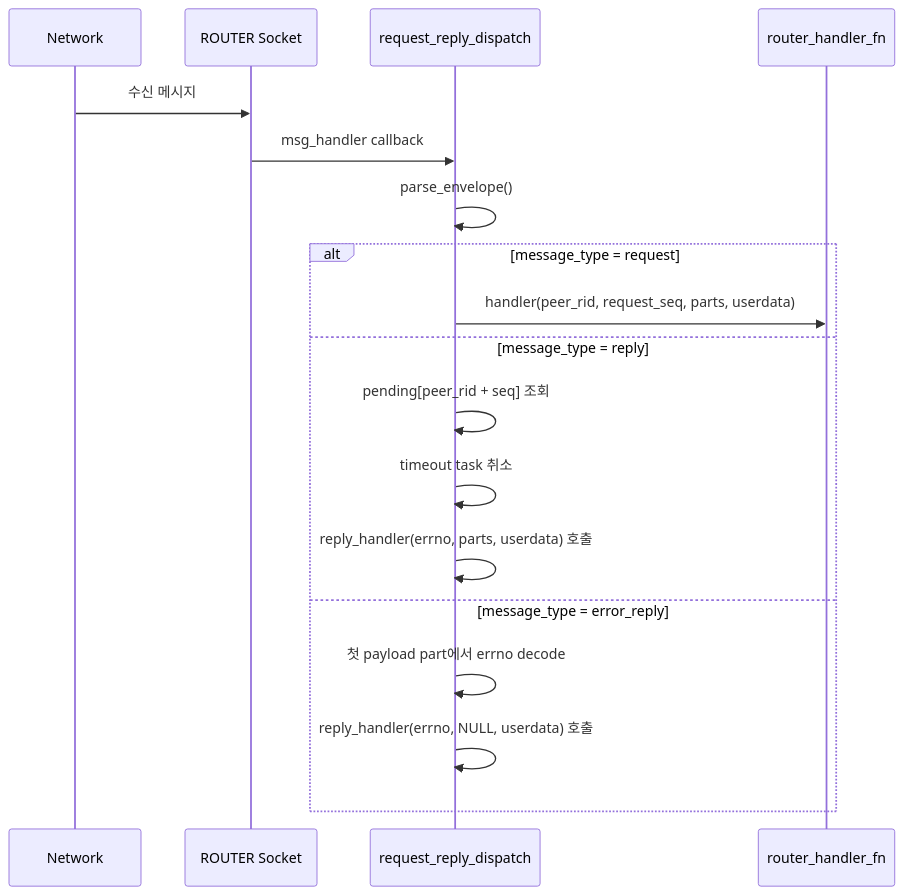
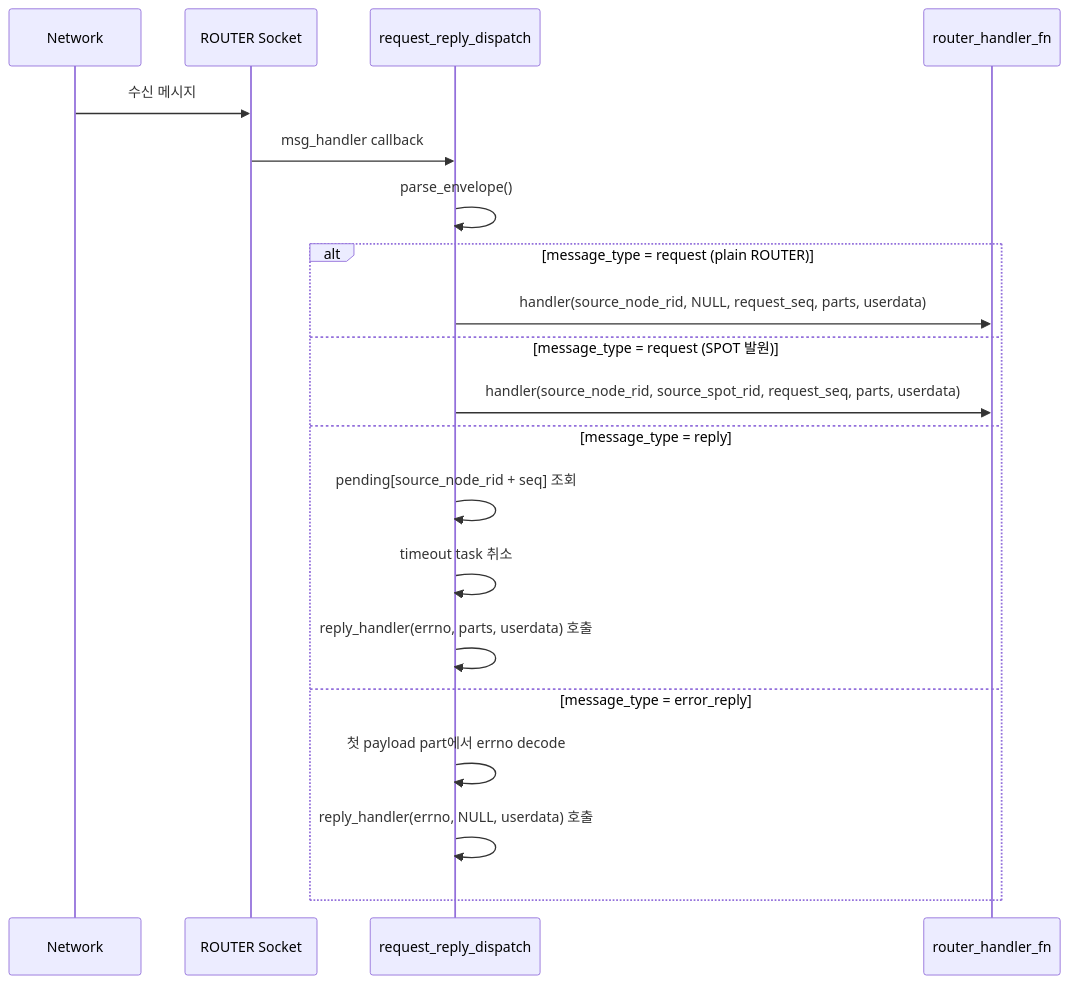
The ninth of 14 diagrams in doc/internals/services-internals.ko.md (kairos-code-dev/zlink), drawn with Mermaid before and after one commit. The commit also changed other lines of this file and 624 other files, not shown here.

````diff
--- a/doc/internals/services-internals.ko.md
+++ b/doc/internals/services-internals.ko.md
@@ -525,21 +520,23 @@
 ```mermaid
 sequenceDiagram
     participant Net as Network
     participant Socket as ROUTER Socket
     participant Dispatch as request_reply_dispatch
     participant Handler as router_handler_fn
 
     Net->>Socket: 수신 메시지
     Socket->>Dispatch: msg_handler callback
     Dispatch->>Dispatch: parse_envelope()
-    alt message_type = request
-        Dispatch->>Handler: handler(peer_rid, request_seq, parts, userdata)
+    alt message_type = request (plain ROUTER)
+        Dispatch->>Handler: handler(source_node_rid, NULL, request_seq, parts, userdata)
+    else message_type = request (SPOT 발원)
+        Dispatch->>Handler: handler(source_node_rid, source_spot_rid, request_seq, parts, userdata)
     else message_type = reply
-        Dispatch->>Dispatch: pending[peer_rid + seq] 조회
+        Dispatch->>Dispatch: pending[source_node_rid + seq] 조회
         Dispatch->>Dispatch: timeout task 취소
         Dispatch->>Dispatch: reply_handler(errno, parts, userdata) 호출
     else message_type = error_reply
         Dispatch->>Dispatch: 첫 payload part에서 errno decode
         Dispatch->>Dispatch: reply_handler(errno, NULL, userdata) 호출
     end
 ```
````
